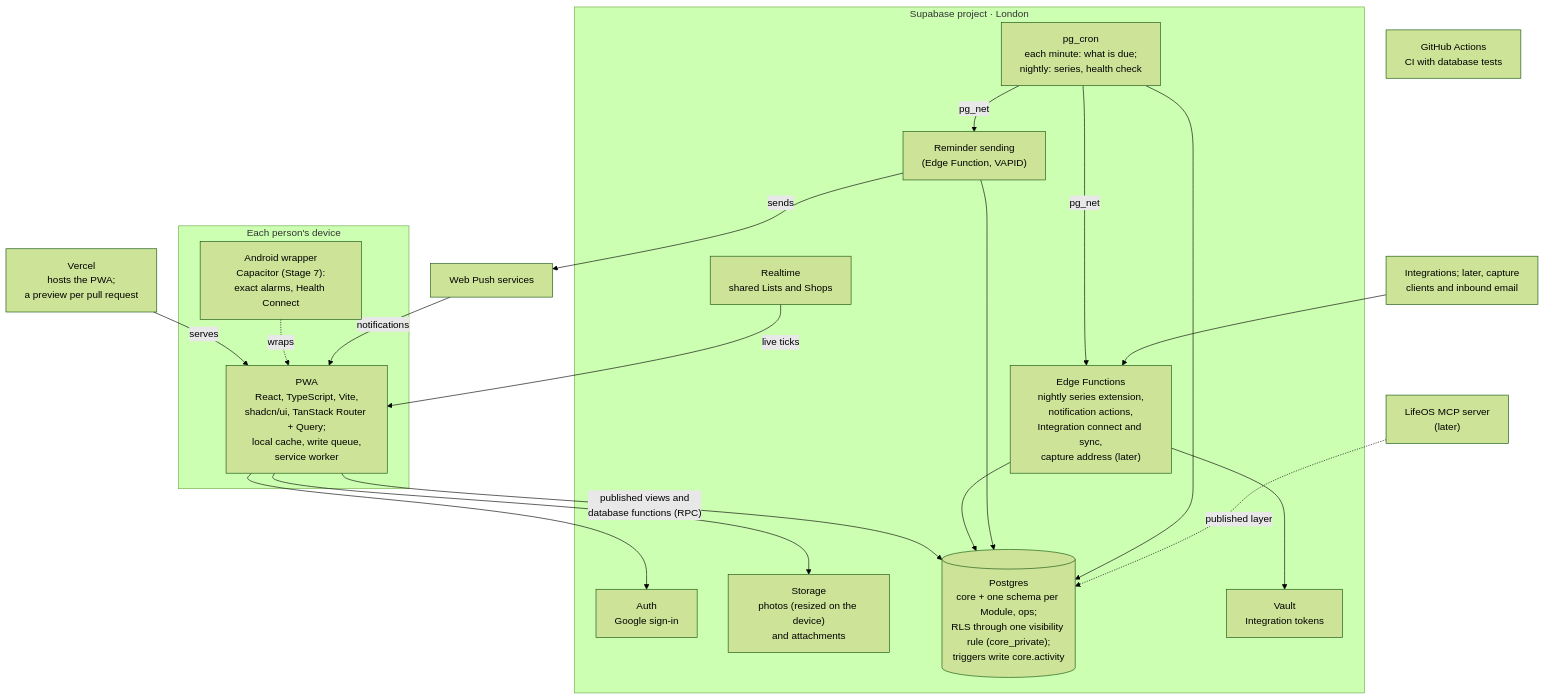
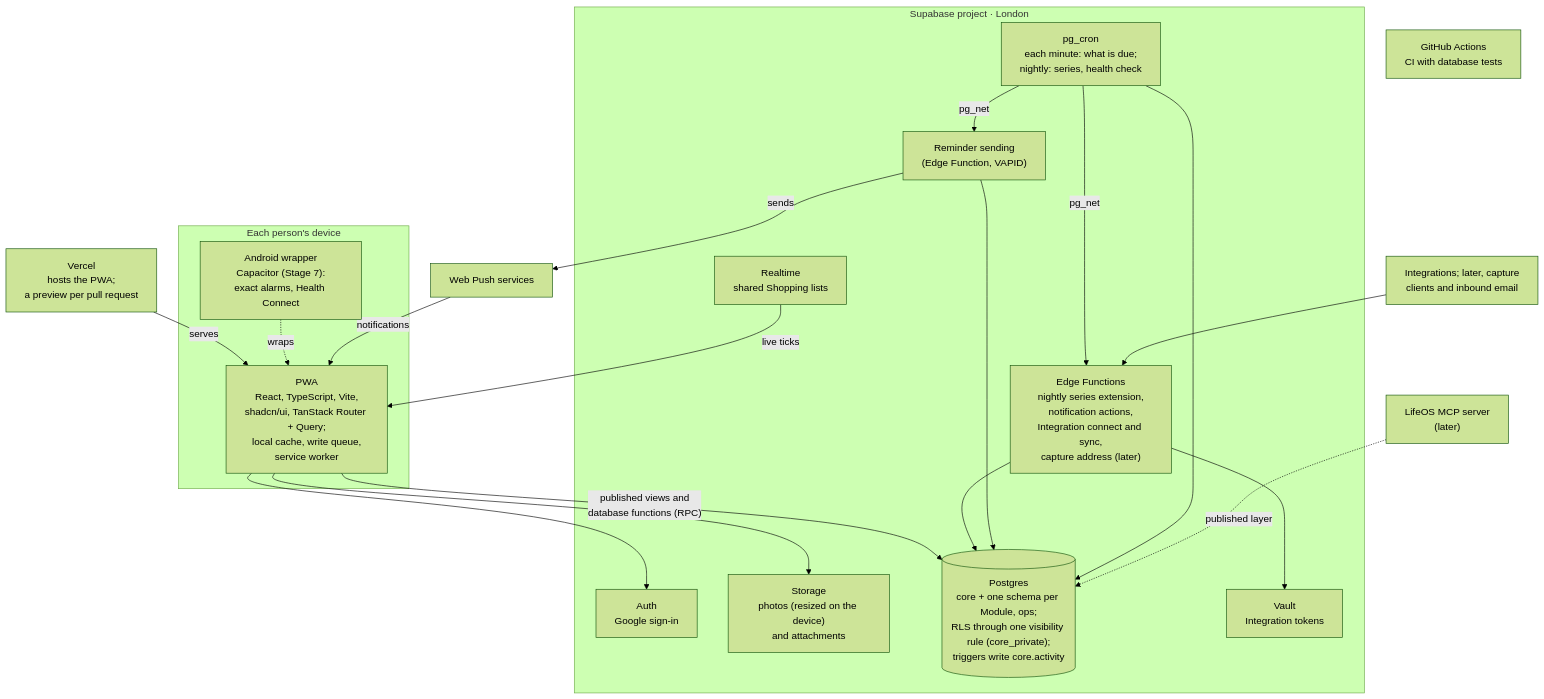
Before and after one commit to joestables/lifeos: the second of 2 diagrams in docs/20-architecture/overview.md, drawn with Mermaid (forest theme). The commit also changed other lines of this file and 35 other files, not shown here.

````diff
--- a/docs/20-architecture/overview.md
+++ b/docs/20-architecture/overview.md
@@ -42,42 +42,42 @@
 ```mermaid
 flowchart TB
   vercel["Vercel<br/>hosts the PWA;<br/>a preview per pull request"]
   pushsvc["Web Push services"]
 
   subgraph device["Each person's device"]
     pwa["PWA<br/>React, TypeScript, Vite,<br/>shadcn/ui, TanStack Router + Query;<br/>local cache, write queue,<br/>service worker"]
     android["Android wrapper<br/>Capacitor (Stage 7):<br/>exact alarms, Health Connect"]
   end
 
   subgraph supabase["Supabase project · London"]
     auth["Auth<br/>Google sign-in"]
     storage["Storage<br/>photos (resized on the device)<br/>and attachments"]
-    realtime["Realtime<br/>shared Lists and Shops"]
+    realtime["Realtime<br/>shared Shopping lists"]
     db[("Postgres<br/>core + one schema per Module, ops;<br/>RLS through one visibility rule (core_private);<br/>triggers write core.activity")]
     edge["Edge Functions<br/>nightly series extension,<br/>notification actions,<br/>Integration connect and sync,<br/>capture address (later)"]
     reminders["Reminder sending<br/>(Edge Function, VAPID)"]
     cron["pg_cron<br/>each minute: what is due;<br/>nightly: series, health check"]
     vault["Vault<br/>Integration tokens"]
   end
 
   outside["Integrations; later, capture<br/>clients and inbound email"]
   mcp["LifeOS MCP server<br/>(later)"]
   gha["GitHub Actions<br/>CI with database tests"]
 
   vercel -- "serves" --> pwa
   android -. "wraps" .-> pwa
   pushsvc -- "notifications" --> pwa
   pwa --> auth
   pwa --> storage
   realtime -- "live ticks" --> pwa
   pwa -- "published views and<br/>database functions (RPC)" --> db
   edge --> db
   edge --> vault
   reminders --> db
   reminders -- "sends" --> pushsvc
   cron --> db
   cron -- "pg_net" --> reminders
   cron -- "pg_net" --> edge
   outside --> edge
   mcp -. "published layer" .-> db
 ```
````
